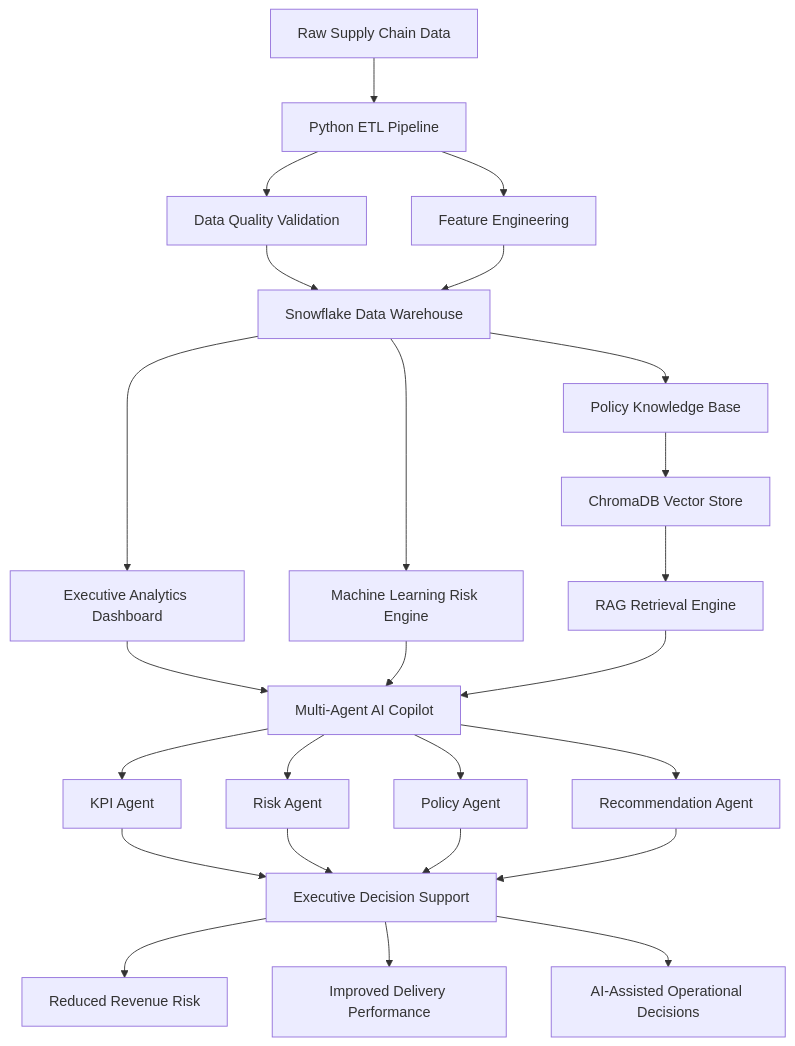
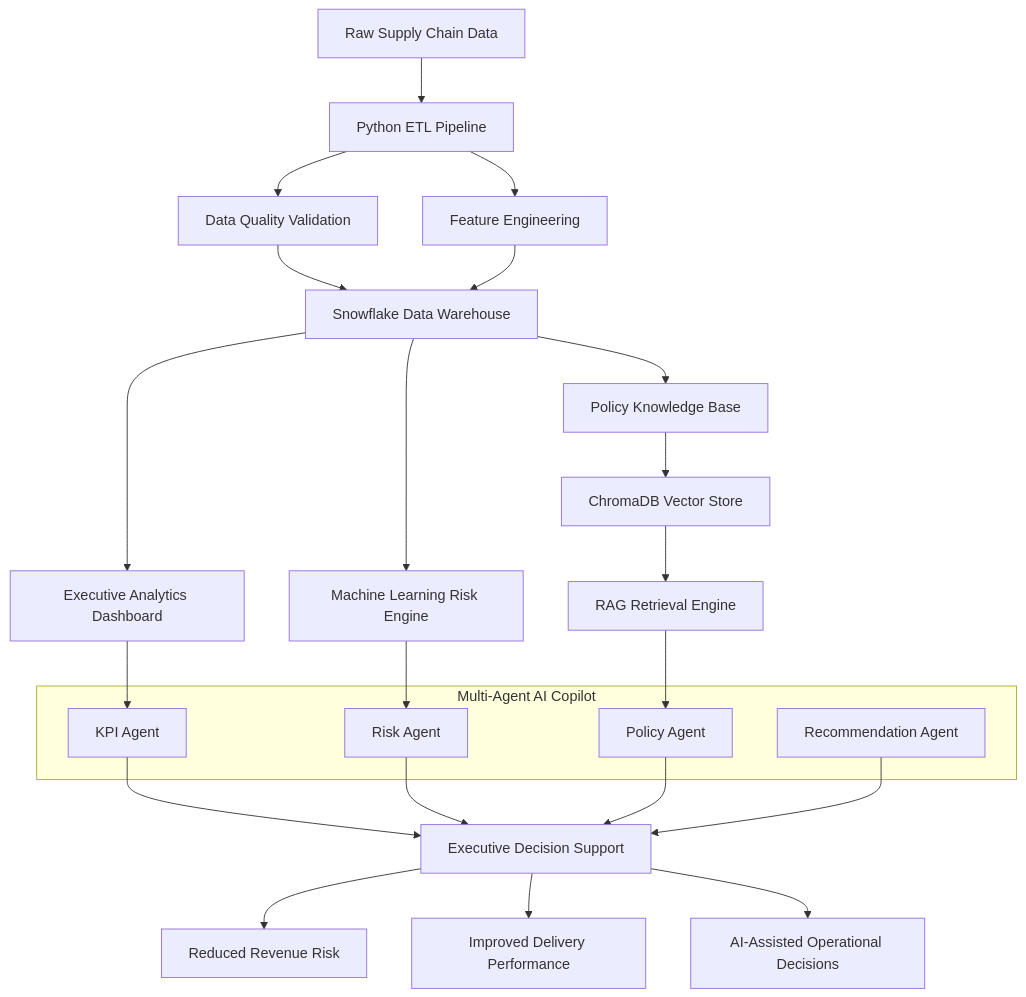
Before and after one commit to KundanSatkar/snowflake-agentic-supply-chain-intelligence: the diagram in README.md, drawn with Mermaid.

Commit message:
Improve architecture workflow diagram

````diff
--- a/README.md
+++ b/README.md
@@ -65,38 +65,39 @@
 ```mermaid
-flowchart TD
+flowchart TB
 
 A[Raw Supply Chain Data]
-
-A --> B[Python ETL Pipeline]
+--> B[Python ETL Pipeline]
 
 B --> C[Data Quality Validation]
 B --> D[Feature Engineering]
 
 C --> E[Snowflake Data Warehouse]
 D --> E
 
 E --> F[Executive Analytics Dashboard]
 E --> G[Machine Learning Risk Engine]
 E --> H[Policy Knowledge Base]
 
 H --> I[ChromaDB Vector Store]
 I --> J[RAG Retrieval Engine]
 
-F --> K[Multi-Agent AI Copilot]
-G --> K
-J --> K
+subgraph Multi-Agent AI Copilot
+    K[KPI Agent]
+    L[Risk Agent]
+    M[Policy Agent]
+    N[Recommendation Agent]
+end
 
-K --> L[KPI Agent]
-K --> M[Risk Agent]
-K --> N[Policy Agent]
-K --> O[Recommendation Agent]
+F --> K
+G --> L
+J --> M
 
-L --> P[Executive Decision Support]
-M --> P
-N --> P
-O --> P
+K --> O[Executive Decision Support]
+L --> O
+M --> O
+N --> O
 
-P --> Q[Reduced Revenue Risk]
-P --> R[Improved Delivery Performance]
-P --> S[AI-Assisted Operational Decisions]
+O --> P[Reduced Revenue Risk]
+O --> Q[Improved Delivery Performance]
+O --> R[AI-Assisted Operational Decisions]
 ```
````
